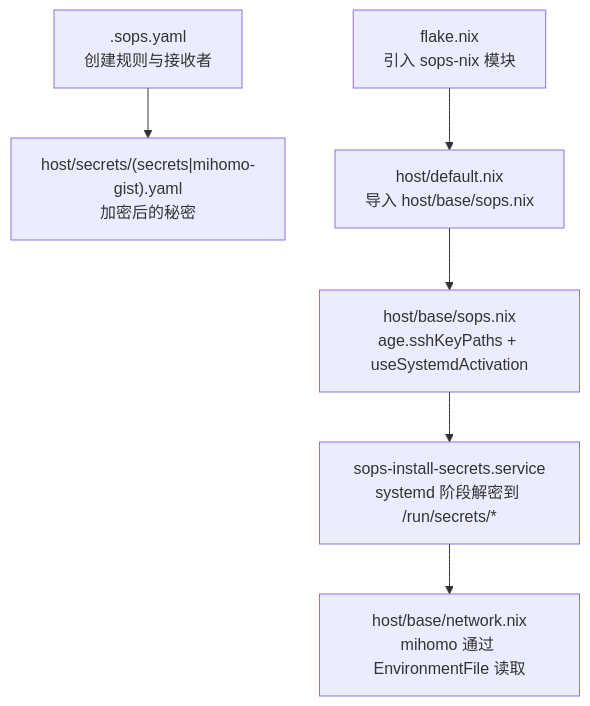
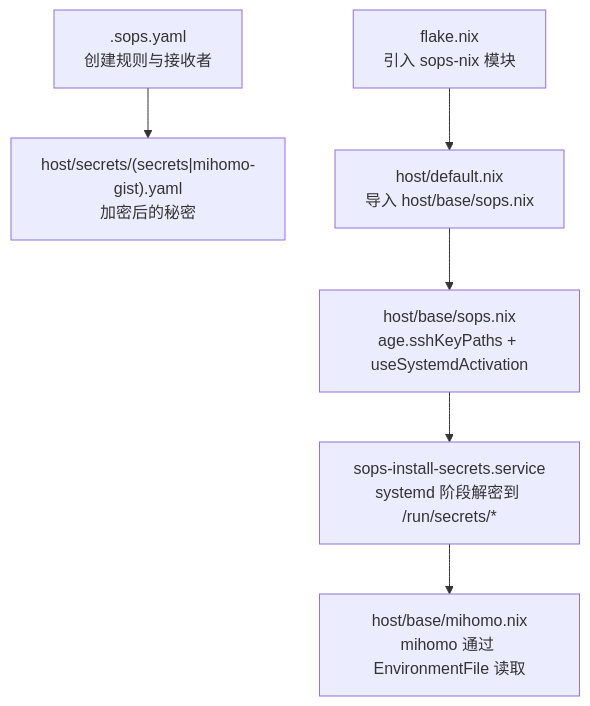
The first of 3 diagrams in wiki/security/sops.md (Shangshui0302/myNixOSConfig), drawn with Mermaid before and after one commit. The commit also changed other lines of this file and 16 other files, not shown here.

````diff
--- a/wiki/security/sops.md
+++ b/wiki/security/sops.md
@@ -34,8 +34,8 @@
 ```mermaid
 graph TB
 A[".sops.yaml<br/>创建规则与接收者"] --> B["host/secrets/(secrets|mihomo-gist).yaml<br/>加密后的秘密"]
 C["flake.nix<br/>引入 sops-nix 模块"] --> D["host/default.nix<br/>导入 host/base/sops.nix"]
 D --> E["host/base/sops.nix<br/>age.sshKeyPaths + useSystemdActivation"]
 E --> F["sops-install-secrets.service<br/>systemd 阶段解密到 /run/secrets/*"]
-F --> G["host/base/network.nix<br/>mihomo 通过 EnvironmentFile 读取"]
+F --> G["host/base/mihomo.nix<br/>mihomo 通过 EnvironmentFile 读取"]
 ```
````
